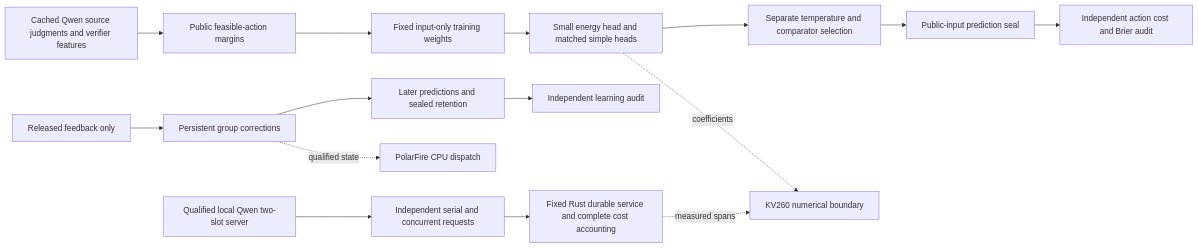
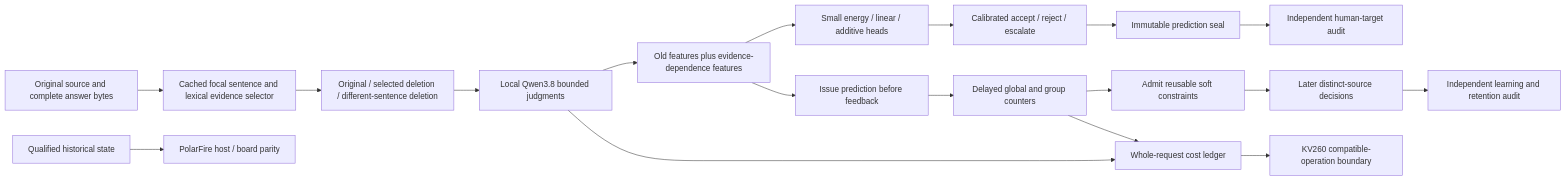
The first of 2 diagrams in openspec/change-proposals/research-roadmap-vNEXT.md (Carnot-EBM/carnot-ebm), drawn with Mermaid before and after one commit. The commit also changed other lines of this file and 16 other files, not shown here.

````diff
--- a/openspec/change-proposals/research-roadmap-vNEXT.md
+++ b/openspec/change-proposals/research-roadmap-vNEXT.md
@@ -90,17 +82,20 @@
 ```mermaid
 flowchart LR
-  Q[Cached Qwen source judgments and verifier features] --> M[Public feasible-action margins]
-  M --> W[Fixed input-only training weights]
-  W --> E[Small energy head and matched simple heads]
-  E --> T[Separate temperature and comparator selection]
-  T --> S[Public-input prediction seal]
-  S --> A[Independent action cost and Brier audit]
-  D[Released feedback only] --> L[Persistent group corrections]
-  L --> F[Later predictions and sealed retention]
-  F --> B[Independent learning audit]
-  C[Qualified local Qwen two-slot server] --> R[Independent serial and concurrent requests]
-  R --> P[Fixed Rust durable service and complete cost accounting]
-  E -. coefficients .-> H[KV260 numerical boundary]
-  P -. measured spans .-> H
-  L -. qualified state .-> PF[PolarFire CPU dispatch]
+  B[Original source and complete answer bytes] --> F[Cached focal sentence and lexical evidence selector]
+  F --> V[Original / selected deletion / different-sentence deletion]
+  V --> Q[Local Qwen3.8 bounded judgments]
+  Q --> X[Old features plus evidence-dependence features]
+  X --> H[Small energy / linear / additive heads]
+  H --> D[Calibrated accept / reject / escalate]
+  D --> S[Immutable prediction seal]
+  S --> A[Independent human-target audit]
+  X --> I[Issue prediction before feedback]
+  I --> L[Delayed global and group counters]
+  L --> C[Admit reusable soft constraints]
+  C --> N[Later distinct-source decisions]
+  N --> R[Independent learning and retention audit]
+  Q --> T[Whole-request cost ledger]
+  L --> T
+  T --> K[KV260 compatible-operation boundary]
+  P[Qualified historical state] --> PF[PolarFire host / board parity]
 ```
````
